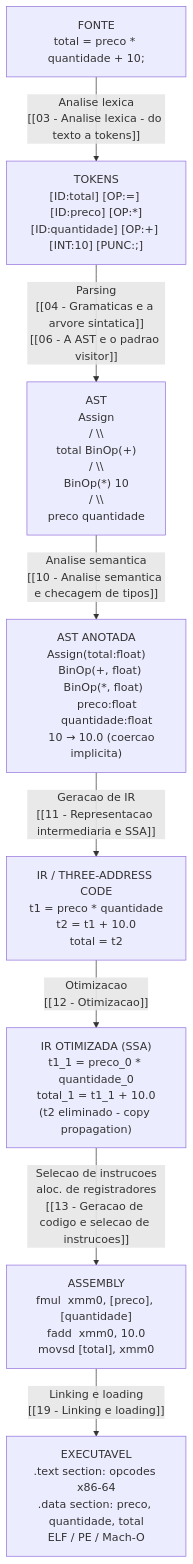
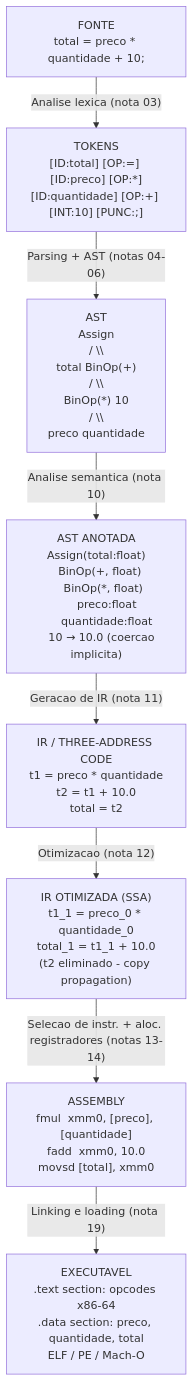
One commit to josenaldo/codex-technomanticus changed the first of 6 diagrams in 03-Dominios/Fundamentos/Compiladores e Linguagens/18 - Capstone - compiladores na vida do dev.md. Above: the diagram before and after it, drawn with Mermaid. The commit also changed other lines of this file and 2 other files, not shown here.

````diff
--- a/03-Dominios/Fundamentos/Compiladores e Linguagens/18 - Capstone - compiladores na vida do dev.md
+++ b/03-Dominios/Fundamentos/Compiladores e Linguagens/18 - Capstone - compiladores na vida do dev.md
@@ -43,19 +43,19 @@
 ```mermaid
 flowchart TD
     A["FONTE\ntotal = preco * quantidade + 10;"]
     B["TOKENS\n[ID:total] [OP:=] [ID:preco] [OP:*]\n[ID:quantidade] [OP:+] [INT:10] [PUNC:;]"]
     C["AST\n  Assign\n  / \\\n total  BinOp(+)\n        / \\\n    BinOp(*) 10\n    /    \\\n  preco  quantidade"]
     D["AST ANOTADA\nAssign(total:float)\n  BinOp(+, float)\n    BinOp(*, float)\n      preco:float\n      quantidade:float\n    10 → 10.0 (coercao implicita)"]
     E["IR / THREE-ADDRESS CODE\nt1 = preco * quantidade\nt2 = t1 + 10.0\ntotal = t2"]
     F["IR OTIMIZADA (SSA)\nt1_1 = preco_0 * quantidade_0\ntotal_1 = t1_1 + 10.0\n(t2 eliminado - copy propagation)"]
     G["ASSEMBLY\nfmul  xmm0, [preco], [quantidade]\nfadd  xmm0, 10.0\nmovsd [total], xmm0"]
     H["EXECUTAVEL\n.text section: opcodes x86-64\n.data section: preco, quantidade, total\nELF / PE / Mach-O"]
 
-    A -->|"Analise lexica\n[[03 - Analise lexica - do texto a tokens]]"| B
-    B -->|"Parsing\n[[04 - Gramaticas e a arvore sintatica]]\n[[06 - A AST e o padrao visitor]]"| C
-    C -->|"Analise semantica\n[[10 - Analise semantica e checagem de tipos]]"| D
-    D -->|"Geracao de IR\n[[11 - Representacao intermediaria e SSA]]"| E
-    E -->|"Otimizacao\n[[12 - Otimizacao]]"| F
-    F -->|"Selecao de instrucoes\naloc. de registradores\n[[13 - Geracao de codigo e selecao de instrucoes]]"| G
-    G -->|"Linking e loading\n[[19 - Linking e loading]]"| H
+    A -->|"Analise lexica (nota 03)"| B
+    B -->|"Parsing + AST (notas 04-06)"| C
+    C -->|"Analise semantica (nota 10)"| D
+    D -->|"Geracao de IR (nota 11)"| E
+    E -->|"Otimizacao (nota 12)"| F
+    F -->|"Selecao de instr. + aloc. registradores (notas 13-14)"| G
+    G -->|"Linking e loading (nota 19)"| H
 ```
````
